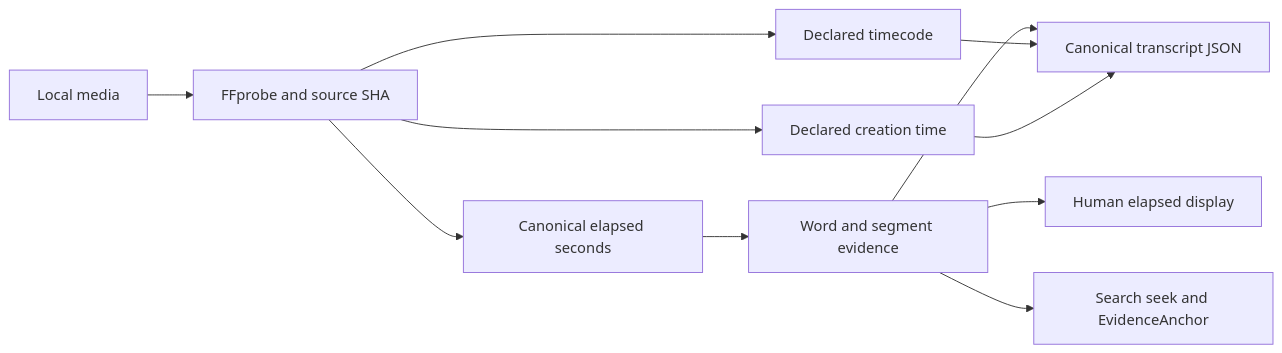
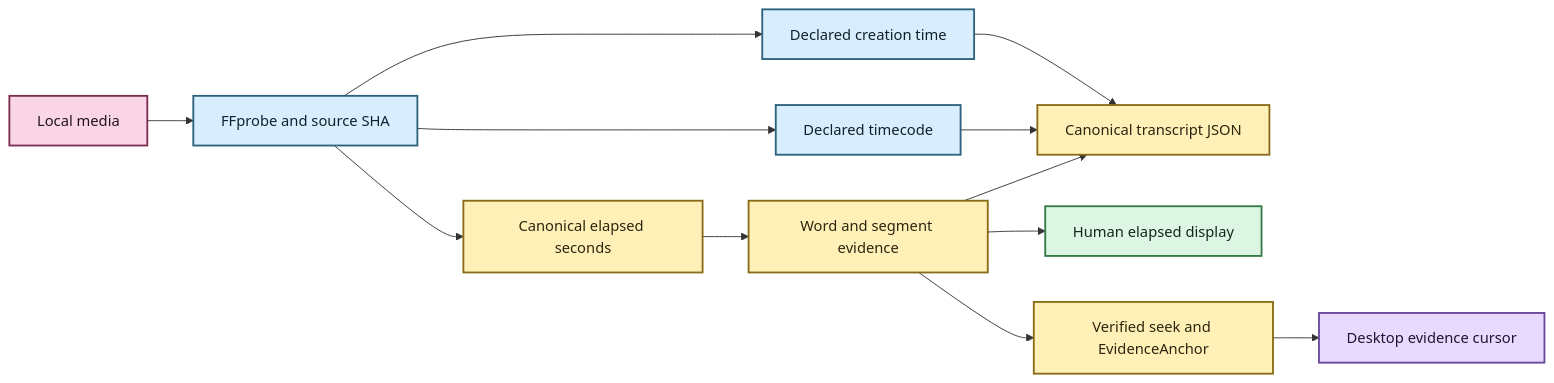
One commit to SSD1805/EchoFlow changed the first of 2 diagrams in docs/architecture/media-and-timeline.md. Above: the diagram before and after it, drawn with Mermaid. The commit also changed other lines of this file and 29 other files, not shown here.

Commit message:
docs: restore Mermaid styling and refresh current product truth

````diff
--- a/docs/architecture/media-and-timeline.md
+++ b/docs/architecture/media-and-timeline.md
@@ -48,13 +54,26 @@
 ```mermaid
-graph LR;
+flowchart LR
     A[Local media] --> B[FFprobe and source SHA]
     B --> C[Canonical elapsed seconds]
     B --> D[Declared timecode]
     B --> E[Declared creation time]
     C --> F[Word and segment evidence]
     F --> G[Canonical transcript JSON]
     D --> G
     E --> G
     F --> H[Human elapsed display]
-    F --> I[Search seek and EvidenceAnchor]
+    F --> I[Verified seek and EvidenceAnchor]
+    I --> J[Desktop evidence cursor]
+
+    classDef source fill:#F9D5E5,stroke:#7B2E52,stroke-width:2px,color:#22151B
+    classDef process fill:#E8D9FF,stroke:#68469B,stroke-width:2px,color:#1F1630
+    classDef evidence fill:#FFF0B8,stroke:#8A6B18,stroke-width:2px,color:#2C260F
+    classDef view fill:#DDF5E3,stroke:#347A46,stroke-width:2px,color:#142719
+    classDef inspect fill:#D8EEFF,stroke:#2E617B,stroke-width:2px,color:#12222A
+
+    class A source
+    class B,D,E inspect
+    class C,F,G,I evidence
+    class H view
+    class J process
 ```
````
